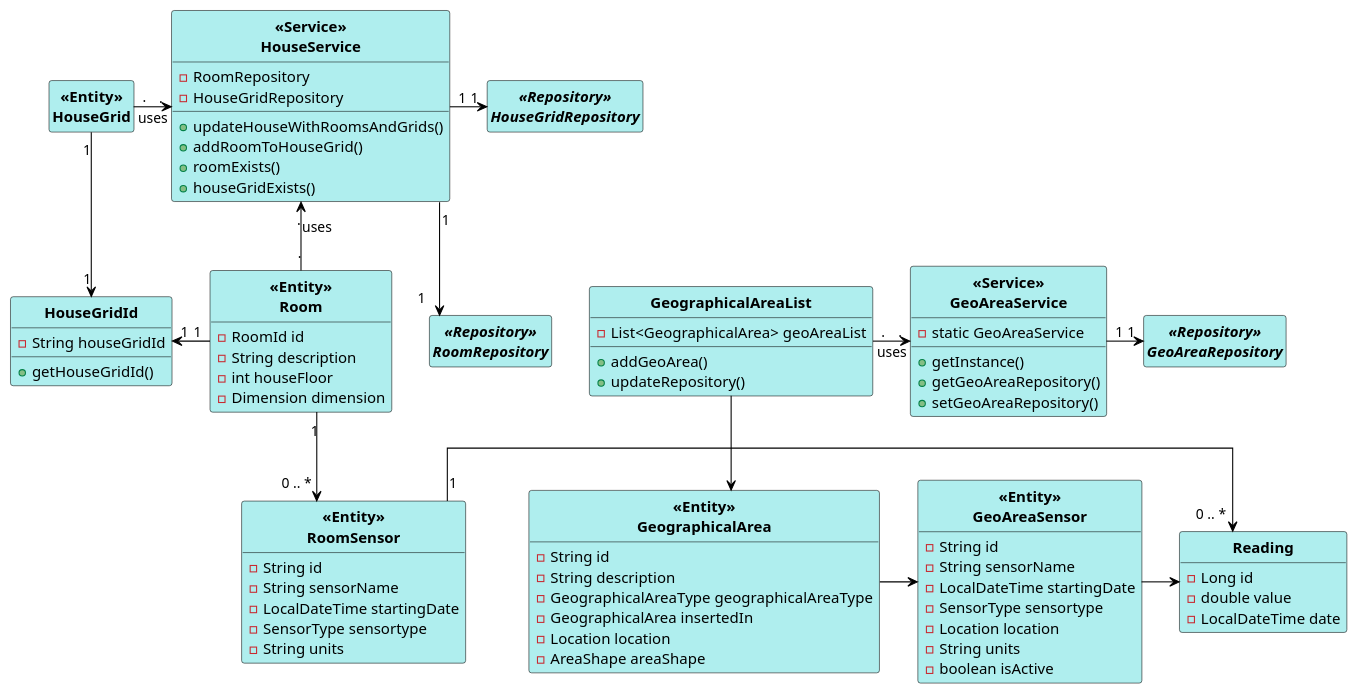
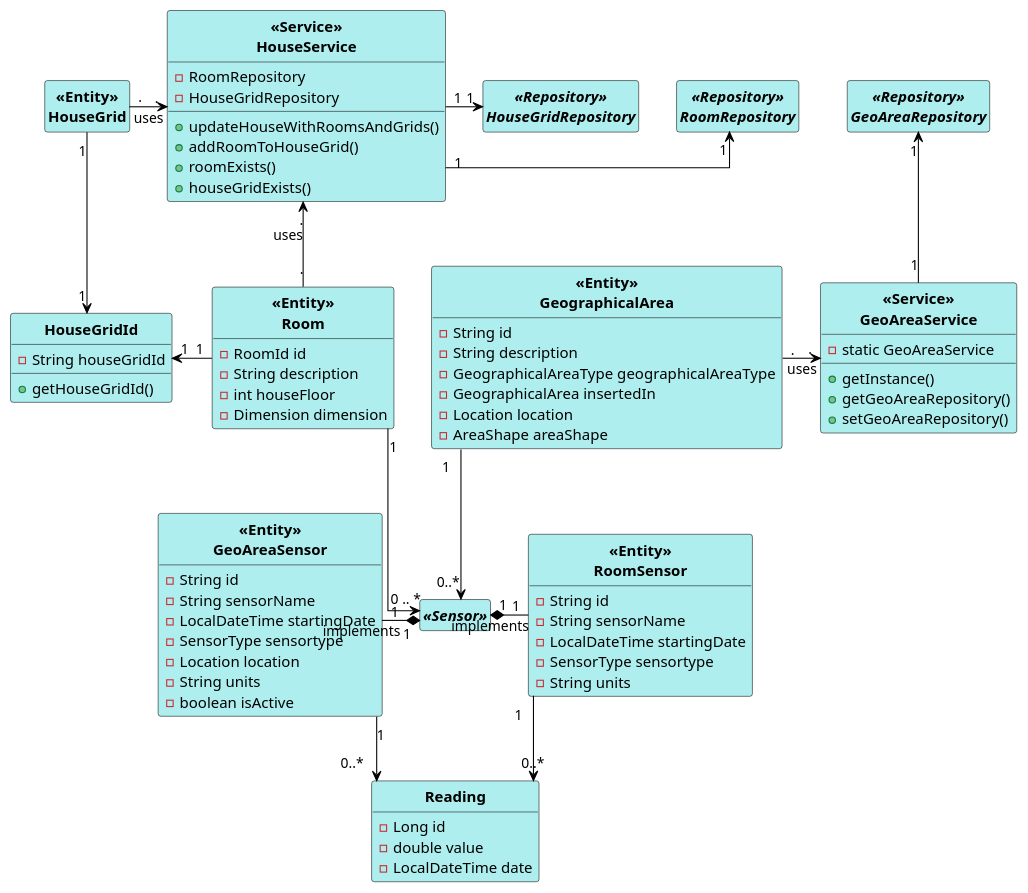
Before and after one commit to 1181687/hateoasToy: the diagram in src/main/java/pt/ipp/isep/dei/project/controllers/persistgeoareasensorandreadings/CD_PersistHouseAndGeoArea.puml, drawn with PlantUML.

Commit message:
addresses #149 [related to #157]: finishing the class diagram of the US

```diff
--- a/src/main/java/pt/ipp/isep/dei/project/controllers/persistgeoareasensorandreadings/CD_PersistHouseAndGeoArea.puml
+++ b/src/main/java/pt/ipp/isep/dei/project/controllers/persistgeoareasensorandreadings/CD_PersistHouseAndGeoArea.puml
@@ -1,119 +1,119 @@
 @startuml
 skinparam linetype ortho
 
 skinparam class {
 	BackgroundColor PaleTurquoise
 	ArrowColor Black
 	BorderColor Black
 	FontStyle Bold
 }
 
 hide empty attributes
 hide empty methods
 hide circle
 "<<Entity>>\nHouseGrid" "." -right-> "." "<<Service>>\nHouseService": uses
-"<<Service>>\nHouseService" "1" -down-> "1" "<<Repository>>\nRoomRepository"
+"<<Service>>\nHouseService" "1" -right-> "1" "<<Repository>>\nRoomRepository"
 "<<Service>>\nHouseService" "1" -right-> "1" "<<Repository>>\nHouseGridRepository"
-"<<Entity>>\nRoom" "1" -down-> "0 .. *" "<<Entity>>\nRoomSensor"
-"<<Entity>>\nRoomSensor" "1" -right-> "0 .. *" "Reading"
+"<<Entity>>\nRoomSensor" "1" -down-> "0..*" "Reading"
 "<<Entity>>\nRoom" "." -left-> "." "<<Service>>\nHouseService": uses
 "<<Entity>>\nRoom" "1"-left-> "1" "HouseGridId"
 "<<Entity>>\nHouseGrid" "1" -down-> "1" "HouseGridId"
 
+"<<Entity>>\nGeographicalArea" "1" -down-> "0..*" "<<Sensor>>"
+"<<Entity>>\nRoom" "1" -down-> "0 .. *" "<<Sensor>>"
 
-GeographicalAreaList "." -right-> "." "<<Service>>\nGeoAreaService": uses
-"<<Service>>\nGeoAreaService" "1" -right-> "1" "<<Repository>>\nGeoAreaRepository"
-GeographicalAreaList --> "<<Entity>>\nGeographicalArea"
-"<<Entity>>\nGeographicalArea" -right-> "<<Entity>>\nGeoAreaSensor"
-"<<Entity>>\nGeoAreaSensor" -right-> "Reading"
+"<<Entity>>\nGeographicalArea" "." -right-> "." "<<Service>>\nGeoAreaService": uses
+"<<Service>>\nGeoAreaService" "1" -up-> "1" "<<Repository>>\nGeoAreaRepository"
+"<<Entity>>\nGeoAreaSensor" "1" -down-> "0..*" "Reading"
 
+"<<Entity>>\nGeoAreaSensor" "1" -right-* "1" "<<Sensor>>" : implements
+"<<Entity>>\nRoomSensor" "1" -left-* "1" "<<Sensor>>" : implements
+
+
+Interface "<<Sensor>>" {
+}
 
 Class "HouseGridId" {
 - String houseGridId
 + getHouseGridId()
 }
 
 
 Class "<<Service>>\nHouseService" {
 - RoomRepository
 - HouseGridRepository
 + updateHouseWithRoomsAndGrids()
 + addRoomToHouseGrid()
 + roomExists()
 + houseGridExists()
 }
 
 Class "<<Entity>>\nHouseGrid" {
 }
 
 Class "<<Entity>>\nRoom" {
 - RoomId id
 - String description
 - int houseFloor
 - Dimension dimension
 }
 
 Class "<<Entity>>\nRoomSensor" {
 - String id
 - String sensorName
 - LocalDateTime startingDate
 - SensorType sensortype
 - String units
 }
 
 Class "Reading" {
 - Long id
 - double value
 - LocalDateTime date
 }
 
 Interface "<<Repository>>\nRoomRepository"{
 
 }
 
 Interface "<<Repository>>\nHouseGridRepository"{
 }
 
 
 
 
 
 
 Class "<<Service>>\nGeoAreaService" {
 - static GeoAreaService
 +getInstance()
 +getGeoAreaRepository()
 +setGeoAreaRepository()
 }
 
-Class GeographicalAreaList {
--List<GeographicalArea> geoAreaList
-+addGeoArea()
-+updateRepository()
-}
 
 Class "<<Entity>>\nGeographicalArea" {
 -String id
 -String description
 -GeographicalAreaType geographicalAreaType
 -GeographicalArea insertedIn
 -Location location
 -AreaShape areaShape
 }
 
 Class "<<Entity>>\nGeoAreaSensor" {
 -String id
 -String sensorName
 -LocalDateTime startingDate
 -SensorType sensortype
 -Location location
 -String units
 -boolean isActive
 }
 
 
 Interface "<<Repository>>\nGeoAreaRepository"{
 }
 
 
 @enduml
```
